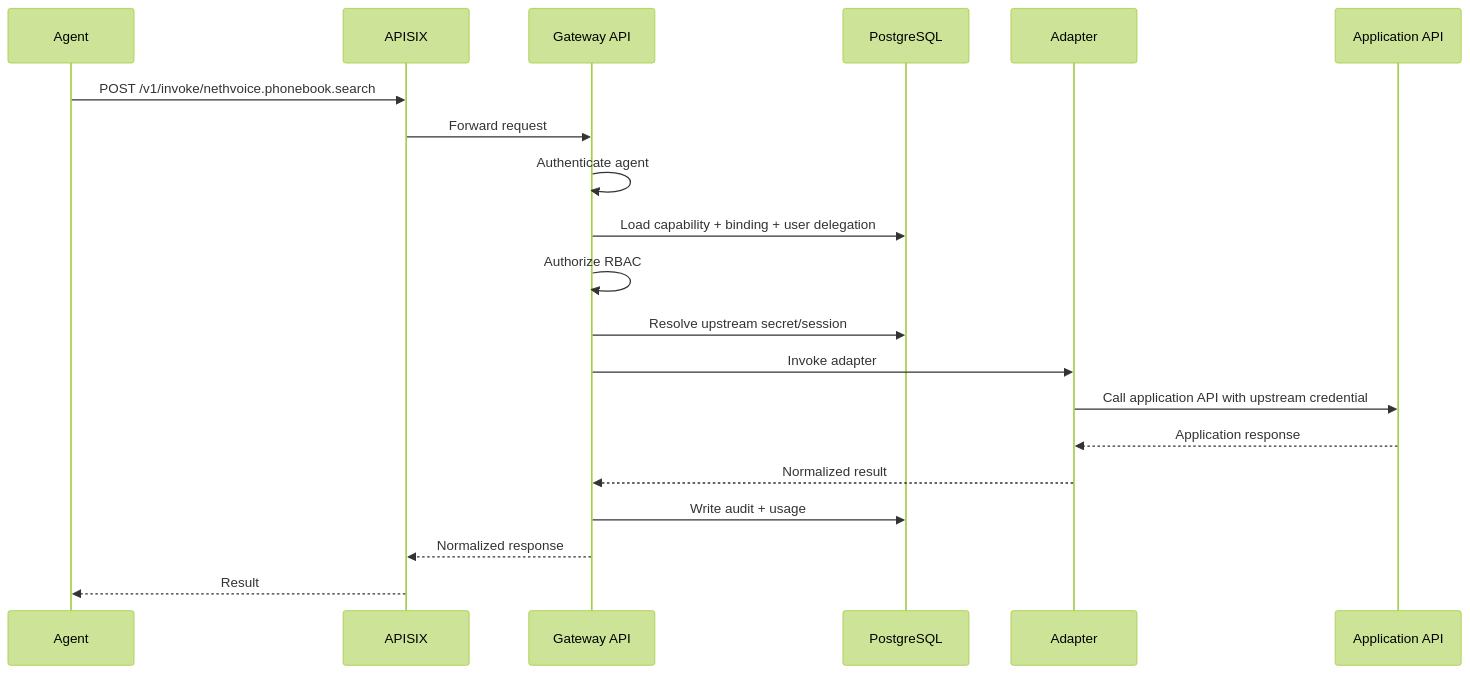
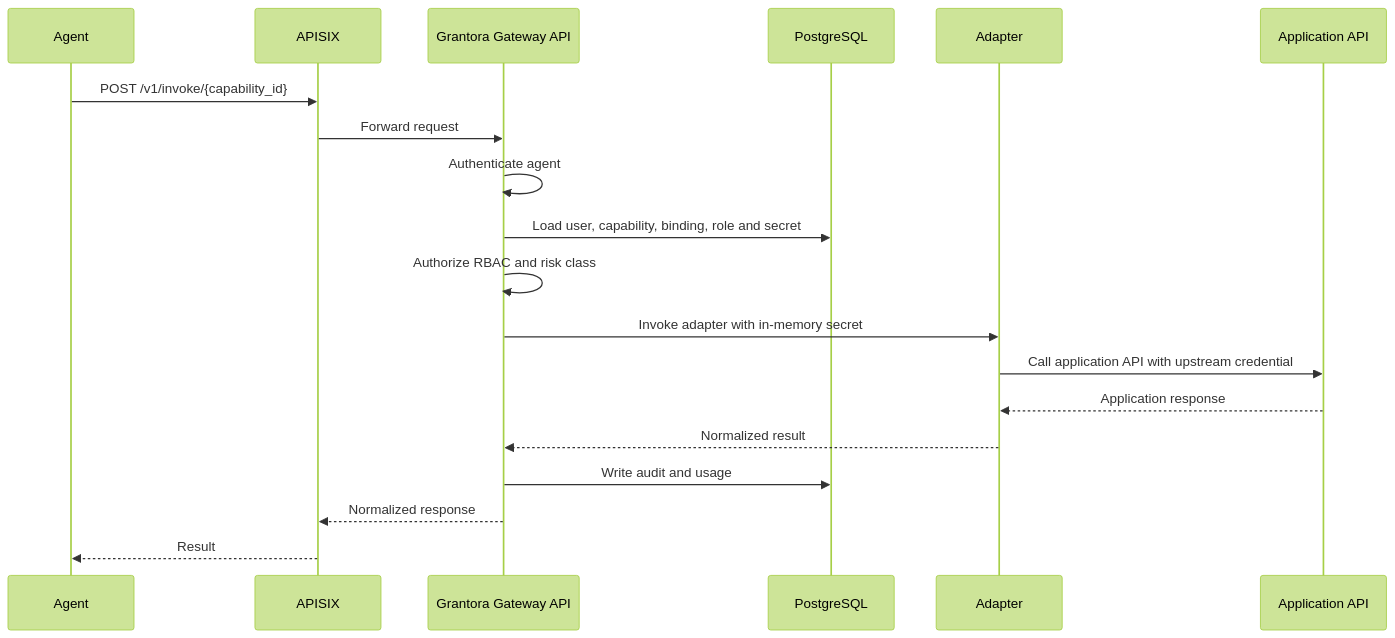
Before and after one commit to Stell0/grantora: the second of 2 diagrams in PROJECT.md, drawn with Mermaid (forest theme). The commit also changed other lines of this file, not shown here.

````diff
--- a/PROJECT.md
+++ b/PROJECT.md
@@ -524,23 +265,22 @@
 ```mermaid
 sequenceDiagram
     participant A as Agent
     participant X as APISIX
-    participant G as Gateway API
+    participant G as Grantora Gateway API
     participant DB as PostgreSQL
     participant AD as Adapter
     participant APP as Application API
 
-    A->>X: POST /v1/invoke/nethvoice.phonebook.search
+    A->>X: POST /v1/invoke/{capability_id}
     X->>G: Forward request
     G->>G: Authenticate agent
-    G->>DB: Load capability + binding + user delegation
-    G->>G: Authorize RBAC
-    G->>DB: Resolve upstream secret/session
-    G->>AD: Invoke adapter
+    G->>DB: Load user, capability, binding, role and secret
+    G->>G: Authorize RBAC and risk class
+    G->>AD: Invoke adapter with in-memory secret
     AD->>APP: Call application API with upstream credential
     APP-->>AD: Application response
     AD-->>G: Normalized result
-    G->>DB: Write audit + usage
+    G->>DB: Write audit and usage
     G-->>X: Normalized response
     X-->>A: Result
 ```
````
